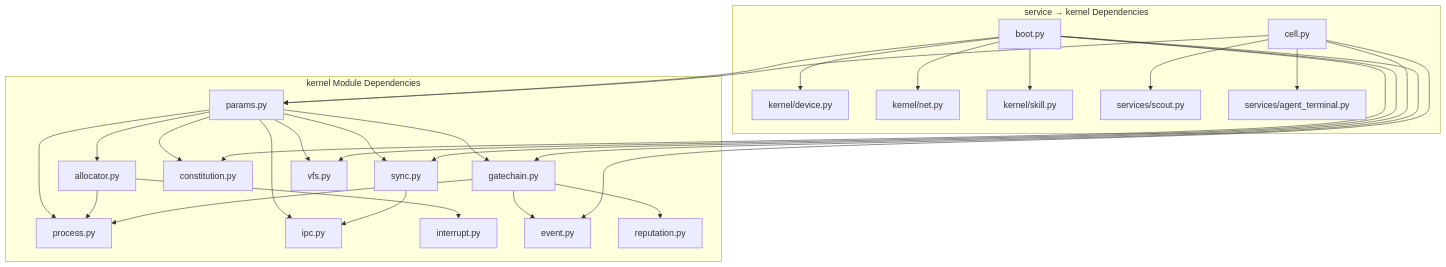
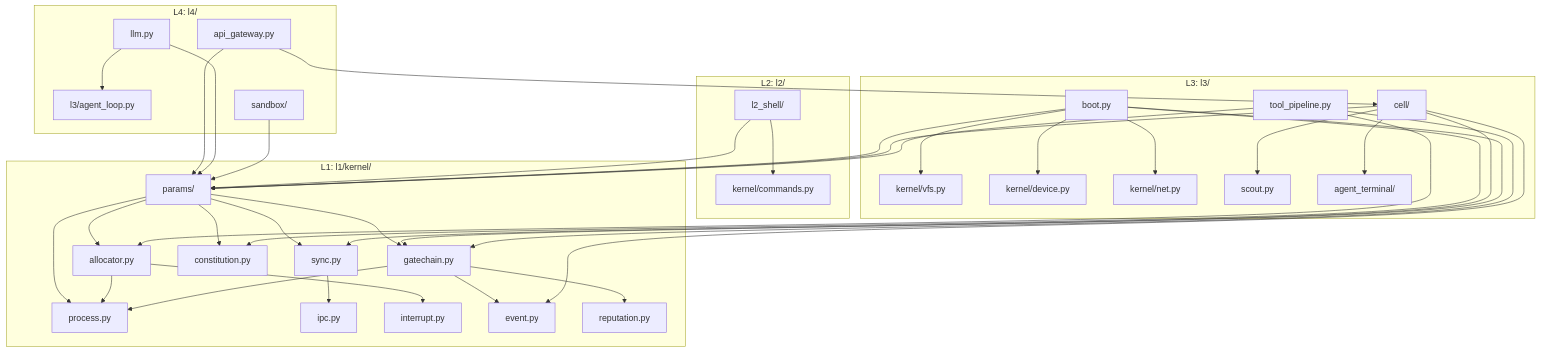
One commit to guilingzhouyi-creator/Praxis-Agent-OS changed diagram 18 of 27 in docs/design/praxis-architecture-actual.md. Above: the diagram before and after it, drawn with Mermaid. The commit also changed other lines of this file and 3 other files, not shown here.

First line of the commit message:
docs: update architecture doc to reflect 5-layer structure and add .gitignore patterns

````diff
--- a/docs/design/praxis-architecture-actual.md
+++ b/docs/design/praxis-architecture-actual.md
@@ -819,35 +826,49 @@
 ```mermaid
 flowchart TB
-    subgraph KernelDeps["kernel Module Dependencies"]
-        PARAMS["params.py"] --> SYNC["sync.py"]
-        PARAMS --> ALLOC["allocator.py"]
-        PARAMS --> CONST["constitution.py"]
-        PARAMS --> GATE["gatechain.py"]
-        PARAMS --> PROCESS["process.py"]
-        PARAMS --> IPC["ipc.py"]
-        PARAMS --> VFS["vfs.py"]
+    subgraph L1["L1: l1/kernel/"]
+        P["params/"] --> SYNC["sync.py"]
+        P --> ALLOC["allocator.py"]
+        P --> CONST["constitution.py"]
+        P --> GATE["gatechain.py"]
+        P --> PROC["process.py"]
 
-        SYNC --> IPC
-        ALLOC --> PROCESS
-        ALLOC --> INTERRUPT["interrupt.py"]
-        GATE --> EVENT["event.py"]
-        GATE --> PROCESS
+        SYNC --> IPC["ipc.py"]
+        ALLOC --> PROC
+        ALLOC --> INT["interrupt.py"]
+        GATE --> EV["event.py"]
+        GATE --> PROC
         GATE --> REP["reputation.py"]
     end
 
-    subgraph ServiceDeps["service → kernel Dependencies"]
-        BOOT["boot.py"] --> PARAMS
+    subgraph L2["L2: l2/"]
+        L2SH["l2_shell/"] --> P
+        L2SH --> CMDS["kernel/commands.py"]
+    end
+
+    subgraph L3["L3: l3/"]
+        BOOT["boot.py"] --> P
         BOOT --> CONST
-        BOOT --> VFS
+        BOOT --> VFS["kernel/vfs.py"]
         BOOT --> DEV["kernel/device.py"]
         BOOT --> NET["kernel/net.py"]
-        BOOT --> SKILL["kernel/skill.py"]
         BOOT --> GATE
 
-        CELL["cell.py"] --> EVENT
+        CELL["cell/"] --> EV
         CELL --> SYNC
-        CELL --> PARAMS
-        CELL --> SCOUT["services/scout.py"]
-        CELL --> TERM["services/agent_terminal.py"]
+        CELL --> P
+        CELL --> SCT["scout.py"]
+        CELL --> TERM["agent_terminal/"]
+
+        PL["tool_pipeline.py"] --> P
+        PL --> GATE
+        PL --> ALLOC
+    end
+
+    subgraph L4["L4: l4/"]
+        GW["api_gateway.py"] --> P
+        GW --> CELL
+        LLM["llm.py"] --> P
+        LLM --> AL["l3/agent_loop.py"]
+        SANDB["sandbox/"] --> P
     end
 ```
````
